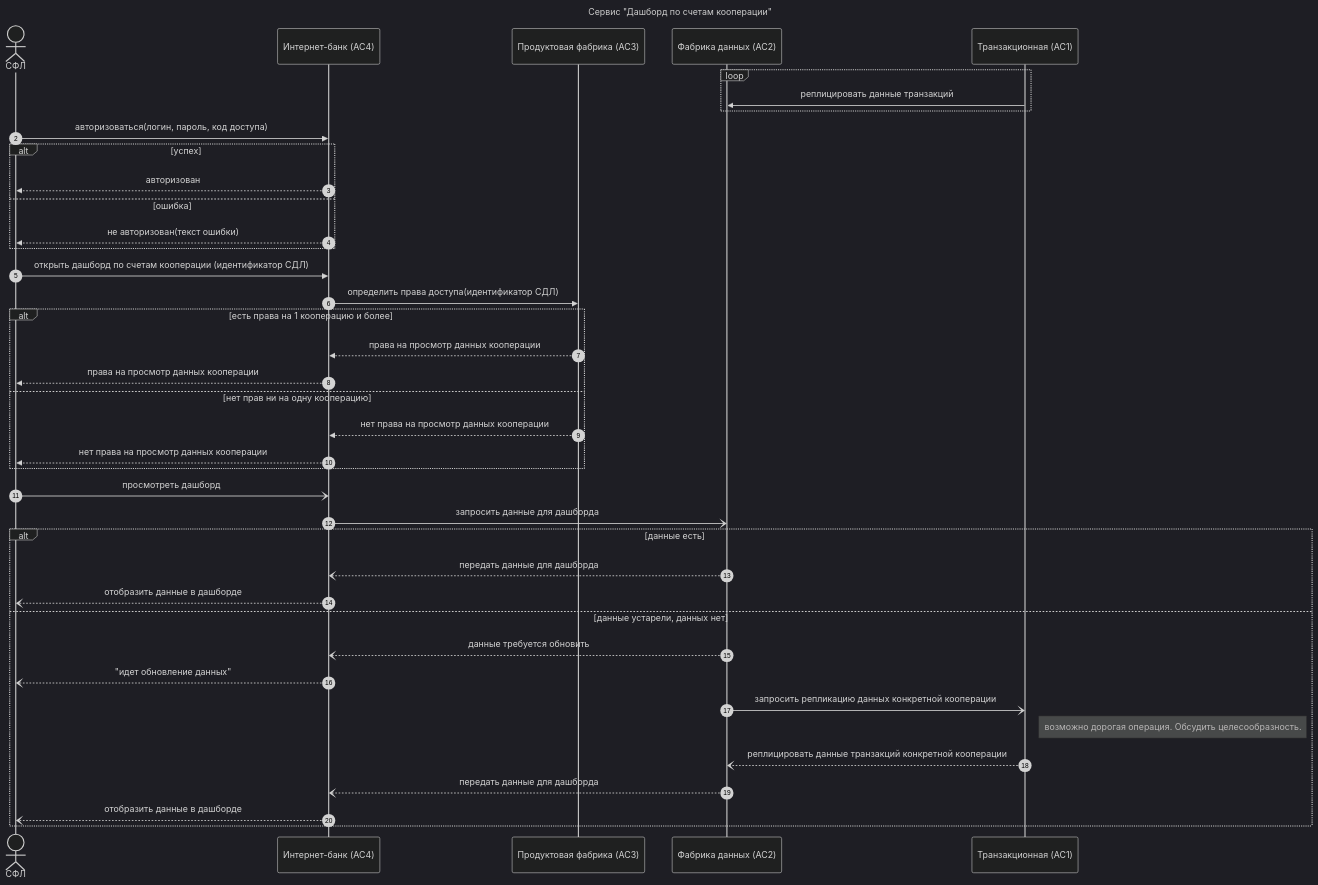
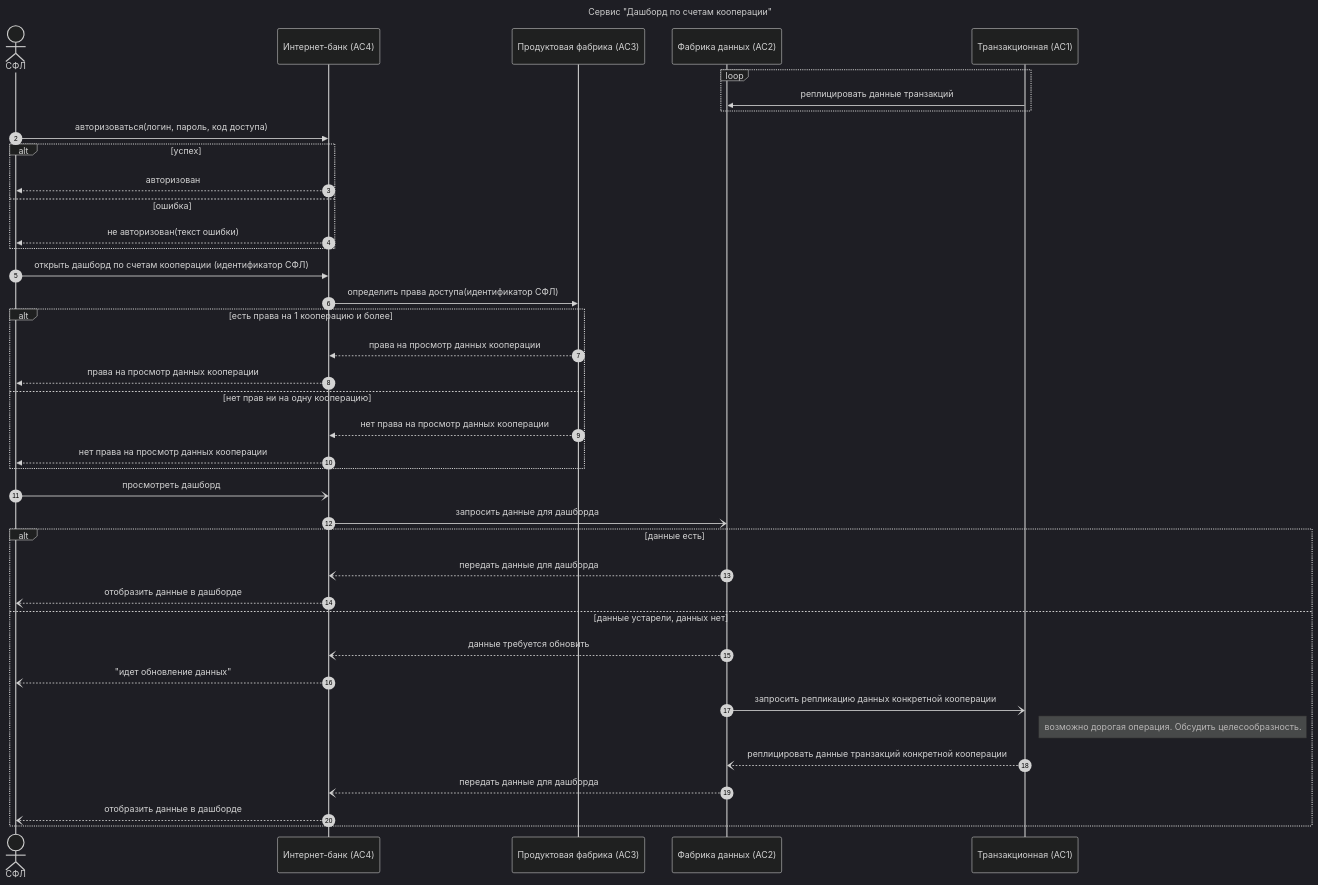
Before and after one commit to oleshko-g/sa_cases: the second of 2 diagrams in corporate_banking/# case.md, drawn with Mermaid (dark theme).

Commit message:
Исправлены опечатки в sequence diagram@corporate_banking

````diff
--- a/corporate_banking/# case.md
+++ b/corporate_banking/# case.md
@@ -113,55 +113,55 @@
 ```mermaid
 ---
 title: Сервис "Дашборд по счетам кооперации"
 ---
 sequenceDiagram
 actor СФЛ
 participant АС4 as Интернет-банк (АС4)
 participant АС3 as Продуктовая фабрика (АС3)
 participant АС2 as Фабрика данных (АС2)
 
 participant АС1 as Транзакционная (АС1)
 
 loop
 АС1->>АС2:реплицировать данные транзакций
 end 
 
 autonumber
 СФЛ->>АС4: авторизоваться(логин, пароль, код доступа)
 
 alt успех
 АС4-->>СФЛ: авторизован
 else ошибка
 АС4-->>СФЛ: не авторизован(текст ошибки)
 end
 
 
-СФЛ->>АС4: открыть дашборд по счетам кооперации (идентификатор СДЛ)
-АС4->>АС3: определить права доступа(идентификатор СДЛ)
+СФЛ->>АС4: открыть дашборд по счетам кооперации (идентификатор СФЛ)
+АС4->>АС3: определить права доступа(идентификатор СФЛ)
 
 alt есть права на 1 кооперацию и более
 АС3-->>АС4: права на просмотр данных кооперации
 АС4-->>СФЛ: права на просмотр данных кооперации
 else нет прав ни на одну кооперацию
 
 АС3-->>АС4: нет права на просмотр данных кооперации
 АС4-->>СФЛ: нет права на просмотр данных кооперации
 end 
 
 
 СФЛ-)АС4: просмотреть дашборд
 АС4-)АС2: запросить данные для дашборда
 alt данные есть
 АС2--)АС4: передать данные для дашборда
 АС4--)СФЛ: отобразить данные в дашборде
 else данные устарели, данных нет
 
 АС2--)АС4: данные требуется обновить 
 АС4--)СФЛ: "идет обновление данных"
 АС2-)АС1: запросить репликацию данных конкретной кооперации
 note right of АС1: возможно дорогая операция. Обсудить целесообразность.
 АС1--)АС2: реплицировать данные транзакций конкретной кооперации
 АС2--)АС4: передать данные для дашборда
 АС4--)СФЛ: отобразить данные в дашборде
 end
 ```
````
